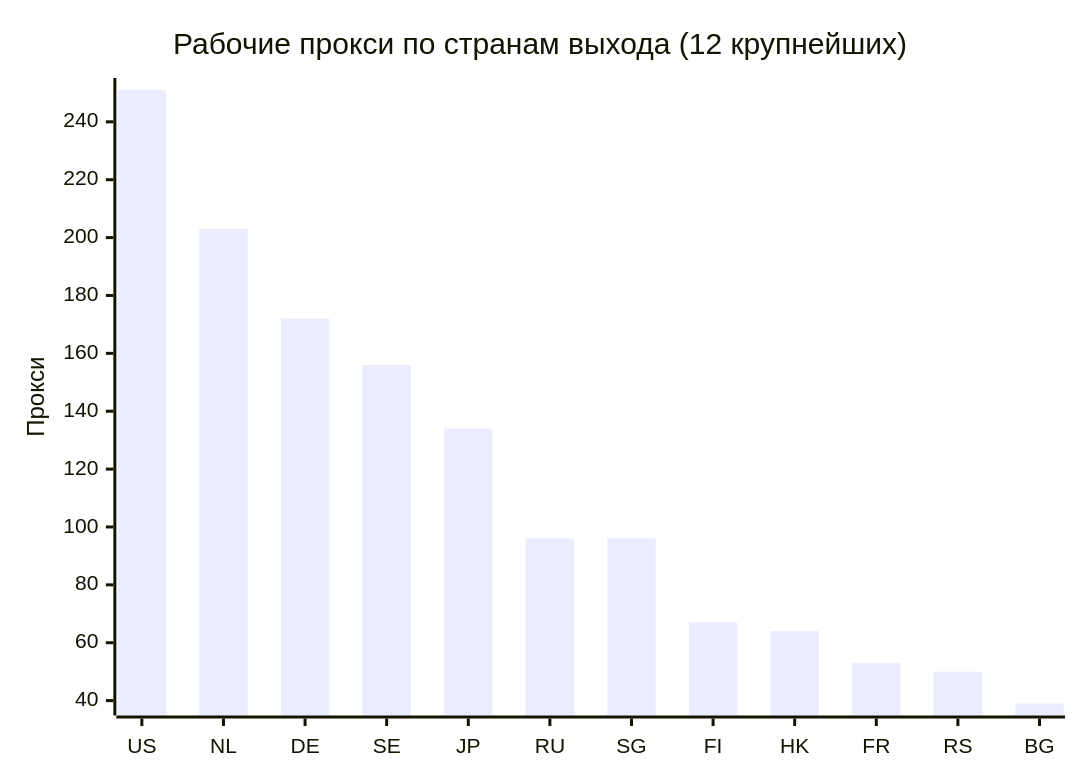
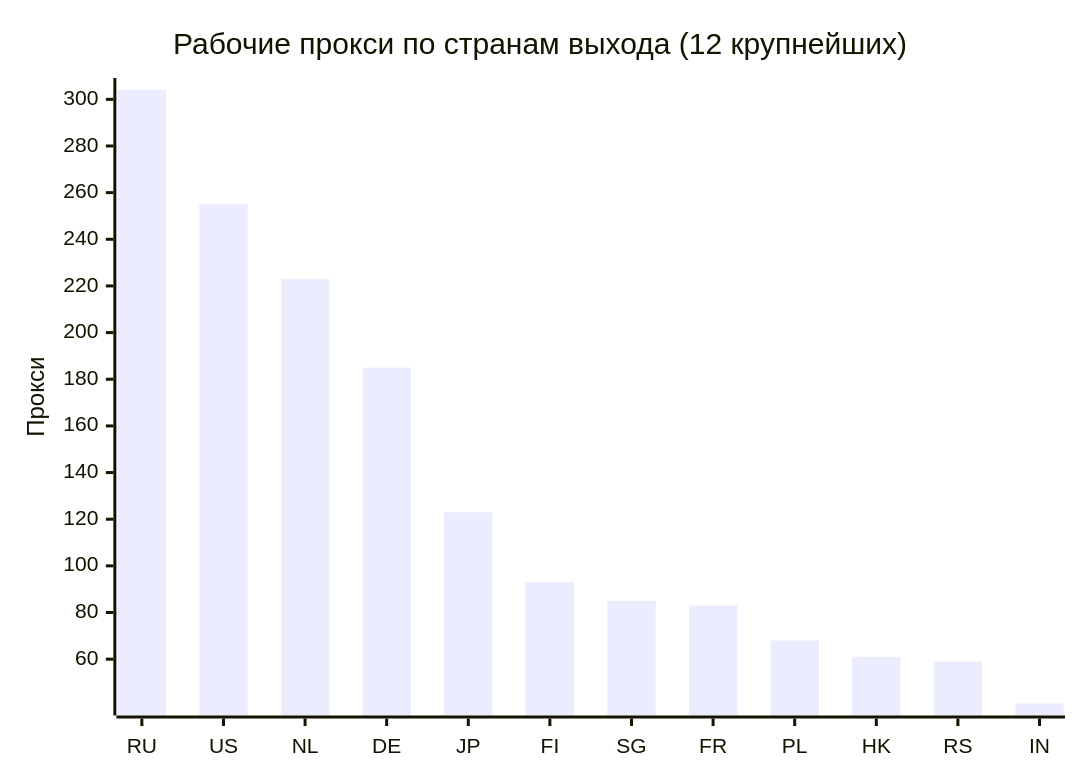
One commit to rvvg/proxy-subs changed the second of 4 diagrams in README.md. Above: the diagram before and after it, drawn with Mermaid. The commit also changed other lines of this file and 59 other files, not shown here.

````diff
--- a/README.md
+++ b/README.md
@@ -127,7 +138,7 @@
 ```mermaid
 xychart-beta
     title "Рабочие прокси по странам выхода (12 крупнейших)"
-    x-axis ["US", "NL", "DE", "SE", "JP", "RU", "SG", "FI", "HK", "FR", "RS", "BG"]
+    x-axis ["RU", "US", "NL", "DE", "JP", "FI", "SG", "FR", "PL", "HK", "RS", "IN"]
     y-axis "Прокси"
-    bar [251, 203, 172, 156, 134, 96, 96, 67, 64, 53, 50, 39]
+    bar [304, 255, 223, 185, 123, 93, 85, 83, 68, 61, 59, 41]
 ```
````
